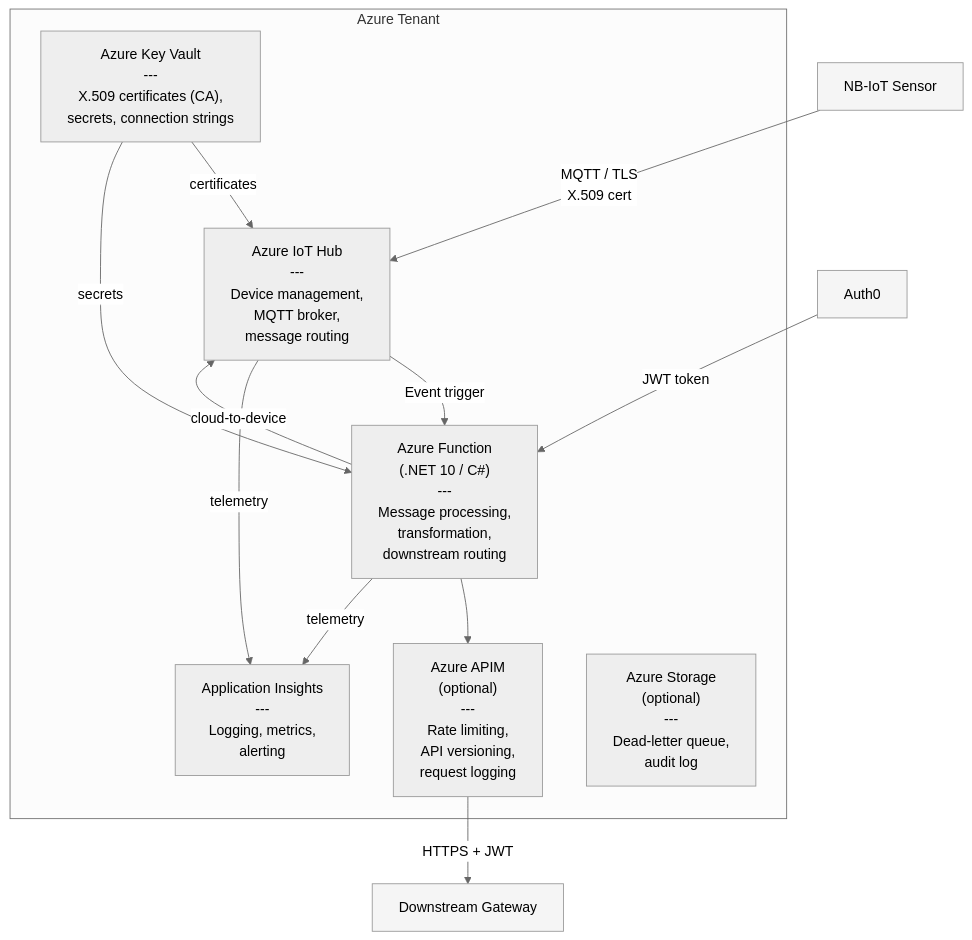
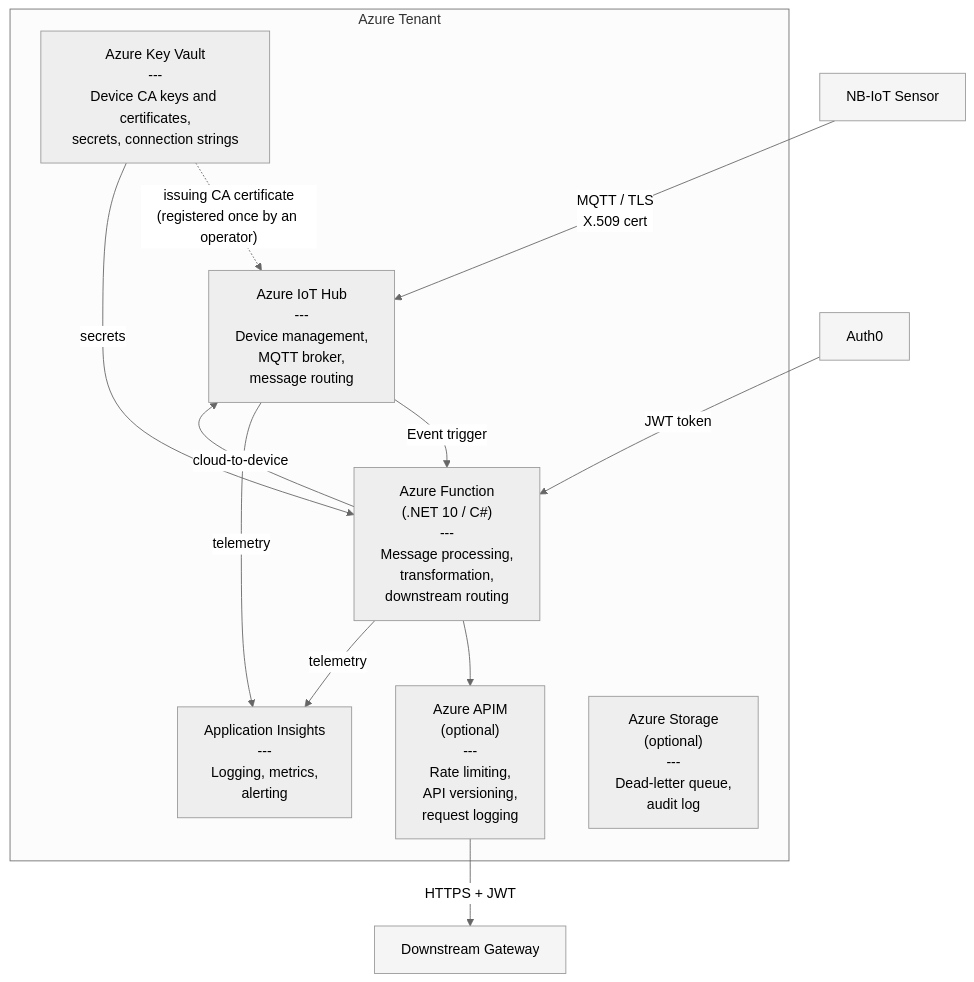
The second of 4 diagrams in docs/architecture.md (asnielsen789/IIoT-platform), drawn with Mermaid (neutral theme) before and after one commit. The commit also changed other lines of this file, not shown here.

First line of the commit message:
docs: correct device authentication in the architecture diagrams

````diff
--- a/docs/architecture.md
+++ b/docs/architecture.md
@@ -38,33 +38,33 @@
 ```mermaid
 graph TB
     sensor["NB-IoT Sensor"] -- "MQTT / TLS<br/>X.509 cert" --> iothub
 
     subgraph azure ["Azure Tenant"]
         iothub["Azure IoT Hub<br/>---<br/>Device management,<br/>MQTT broker,<br/>message routing"]
 
-        keyvault["Azure Key Vault<br/>---<br/>X.509 certificates (CA),<br/>secrets, connection strings"]
+        keyvault["Azure Key Vault<br/>---<br/>Device CA keys and certificates,<br/>secrets, connection strings"]
 
         function["Azure Function<br/>(.NET 10 / C#)<br/>---<br/>Message processing,<br/>transformation,<br/>downstream routing"]
 
         apim["Azure APIM<br/>(optional)<br/>---<br/>Rate limiting,<br/>API versioning,<br/>request logging"]
 
         monitor["Application Insights<br/>---<br/>Logging, metrics,<br/>alerting"]
 
         storage["Azure Storage<br/>(optional)<br/>---<br/>Dead-letter queue,<br/>audit log"]
     end
 
     iothub -- "Event trigger" --> function
-    keyvault -- "certificates" --> iothub
+    keyvault -. "issuing CA certificate<br/>(registered once by an operator)" .-> iothub
     keyvault -- "secrets" --> function
     function --> apim
     function -- "telemetry" --> monitor
     iothub -- "telemetry" --> monitor
 
     auth0["Auth0"] -- "JWT token" --> function
 
     apim -- "HTTPS + JWT" --> gw["Downstream Gateway"]
     function -- "cloud-to-device" --> iothub
 
     classDef external fill:#f5f5f5,stroke:#999
     class sensor,auth0,gw external
 ```
````
